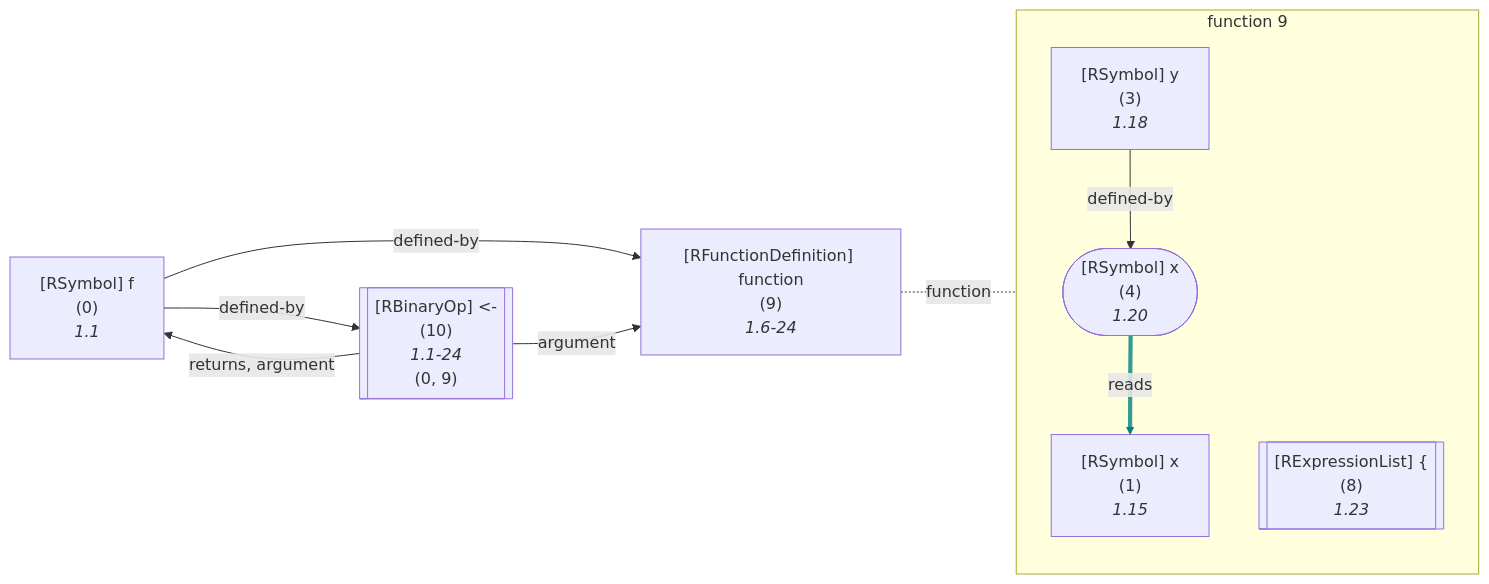
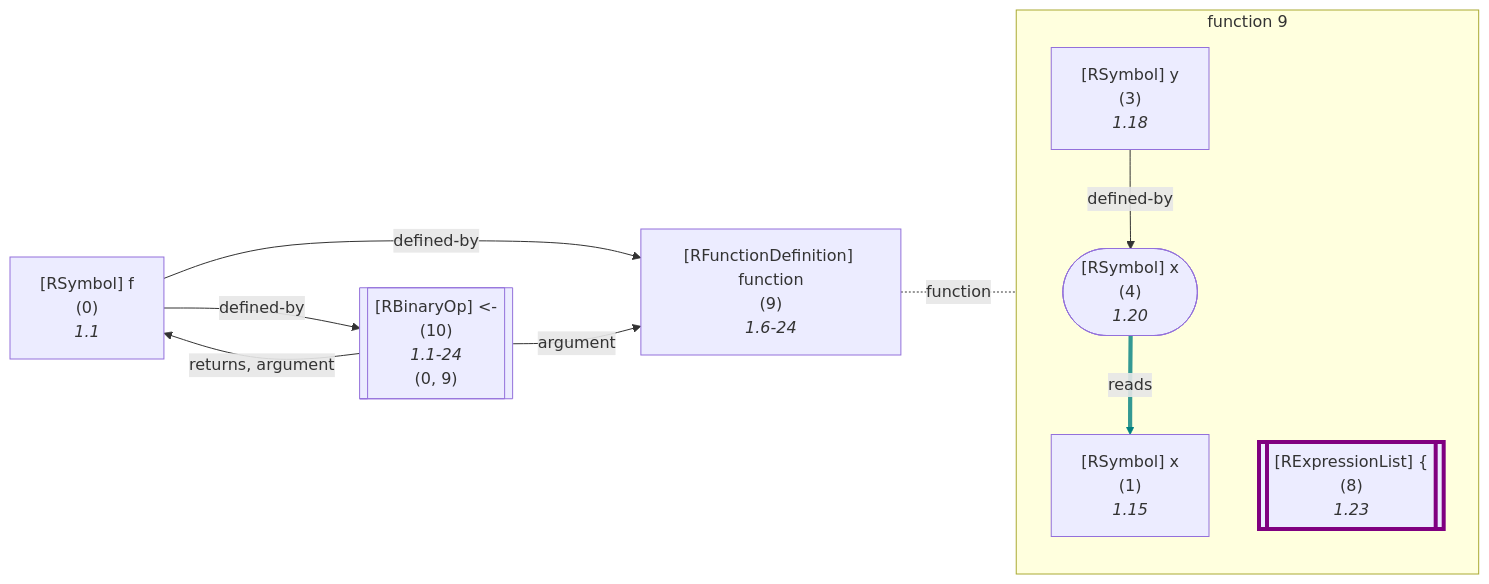
One commit to flowr-analysis/flowr changed diagram 28 of 48 in wiki/Dataflow Graph.md. Above: the diagram before and after it, drawn with Mermaid. The commit also changed other lines of this file and 3 other files, not shown here.

Commit message:
[skip ci] doc: update generated wiki pages (wiki/Capabilities,wiki/Dataflow Graph,wiki/Interface,wiki/Core)

````diff
--- a/wiki/Dataflow Graph.md
+++ b/wiki/Dataflow Graph.md
@@ -3951,37 +3955,38 @@
 ```mermaid
 flowchart LR
     9["`#91;RFunctionDefinition#93; function
       (9)
       *1.6-24*`"]
 
 subgraph "flow-9" [function 9]
     1["`#91;RSymbol#93; x
       (1)
       *1.15*`"]
     3["`#91;RSymbol#93; y
       (3)
       *1.18*`"]
     4(["`#91;RSymbol#93; x
       (4)
       *1.20*`"])
     8[["`#91;RExpressionList#93; #123;
       (8)
       *1.23*`"]]
+    style 8 stroke:purple,stroke-width:4px; 
 end
     0["`#91;RSymbol#93; f
       (0)
       *1.1*`"]
     10[["`#91;RBinaryOp#93; #60;#45;
       (10)
       *1.1-24*
     (0, 9)`"]]
     3 -->|"defined-by"| 4
     4 -->|"reads"| 1
     linkStyle 1 stroke:teal,stroke-width:4.2px,stroke-opacity:.8
 9 -.-|function| flow-9
 
     0 -->|"defined-by"| 9
     0 -->|"defined-by"| 10
     10 -->|"argument"| 9
     10 -->|"returns, argument"| 0
 ```
````
